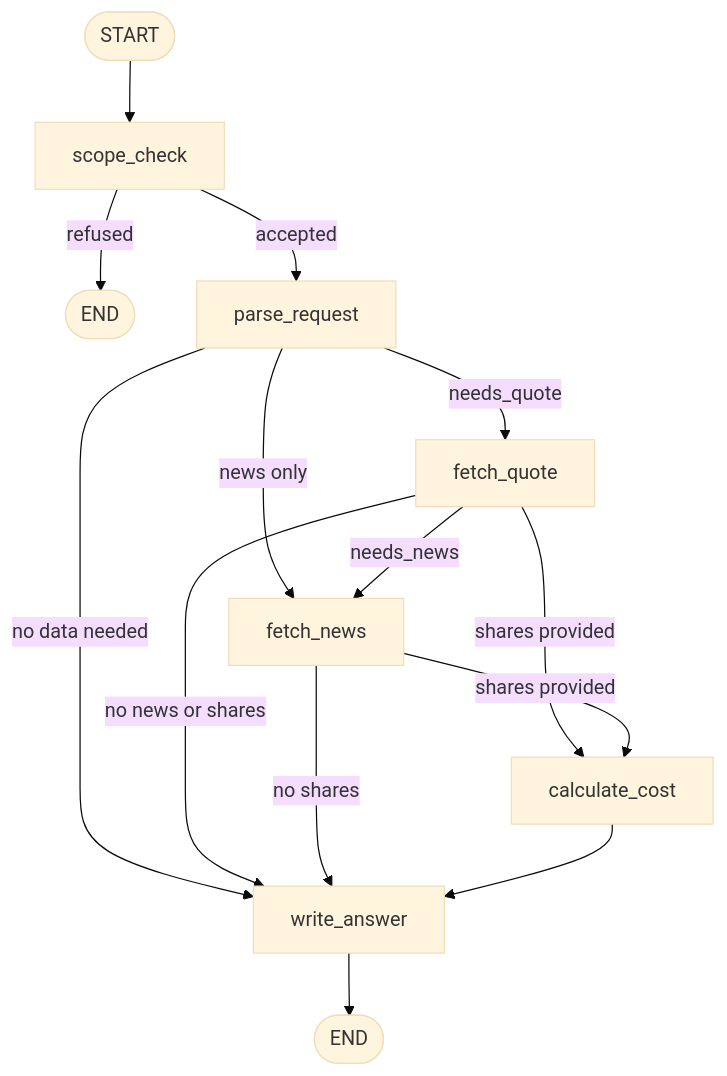
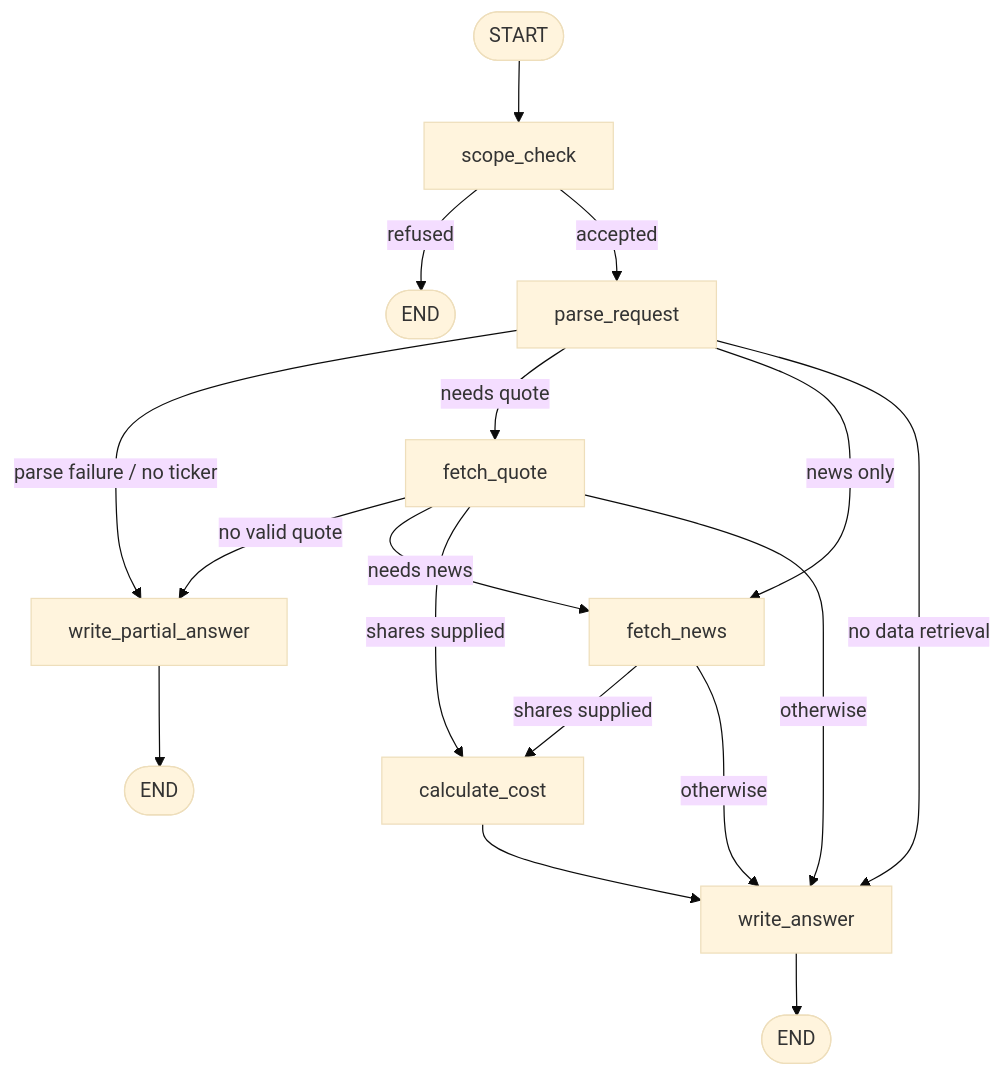
One commit to Eugenetanwl3881/personal-market-research-agent changed the diagram in PROJECT_NOTE.md. Above: the diagram before and after it, drawn with Mermaid (base theme). The commit also changed other lines of this file and 2 other files, not shown here.

````diff
--- a/PROJECT_NOTE.md
+++ b/PROJECT_NOTE.md
@@ -54,19 +32,22 @@
 ```mermaid
 flowchart TD
     START([START]) --> S[scope_check]
     S -->|refused| END1([END])
     S -->|accepted| P[parse_request]
 
-    P -->|needs_quote| Q[fetch_quote]
+    P -->|parse failure / no ticker| PA[write_partial_answer]
+    P -->|needs quote| Q[fetch_quote]
     P -->|news only| N[fetch_news]
-    P -->|no data needed| A[write_answer]
+    P -->|no data retrieval| A[write_answer]
 
-    Q -->|needs_news| N
-    Q -->|shares provided| C[calculate_cost]
-    Q -->|no news or shares| A
+    Q -->|no valid quote| PA
+    Q -->|needs news| N
+    Q -->|shares supplied| C[calculate_cost]
+    Q -->|otherwise| A
 
-    N -->|shares provided| C
-    N -->|no shares| A
+    N -->|shares supplied| C
+    N -->|otherwise| A
     C --> A
-    A --> END2([END])
+    PA --> END2([END])
+    A --> END3([END])
 ```
````
